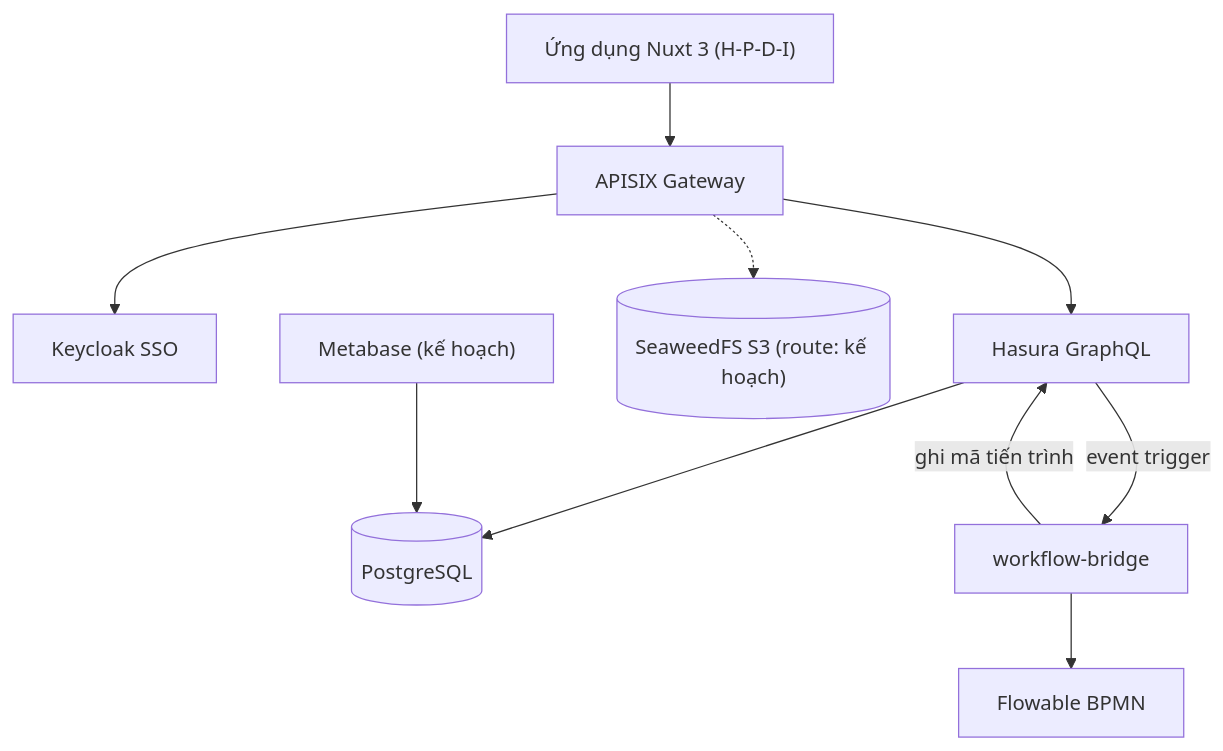
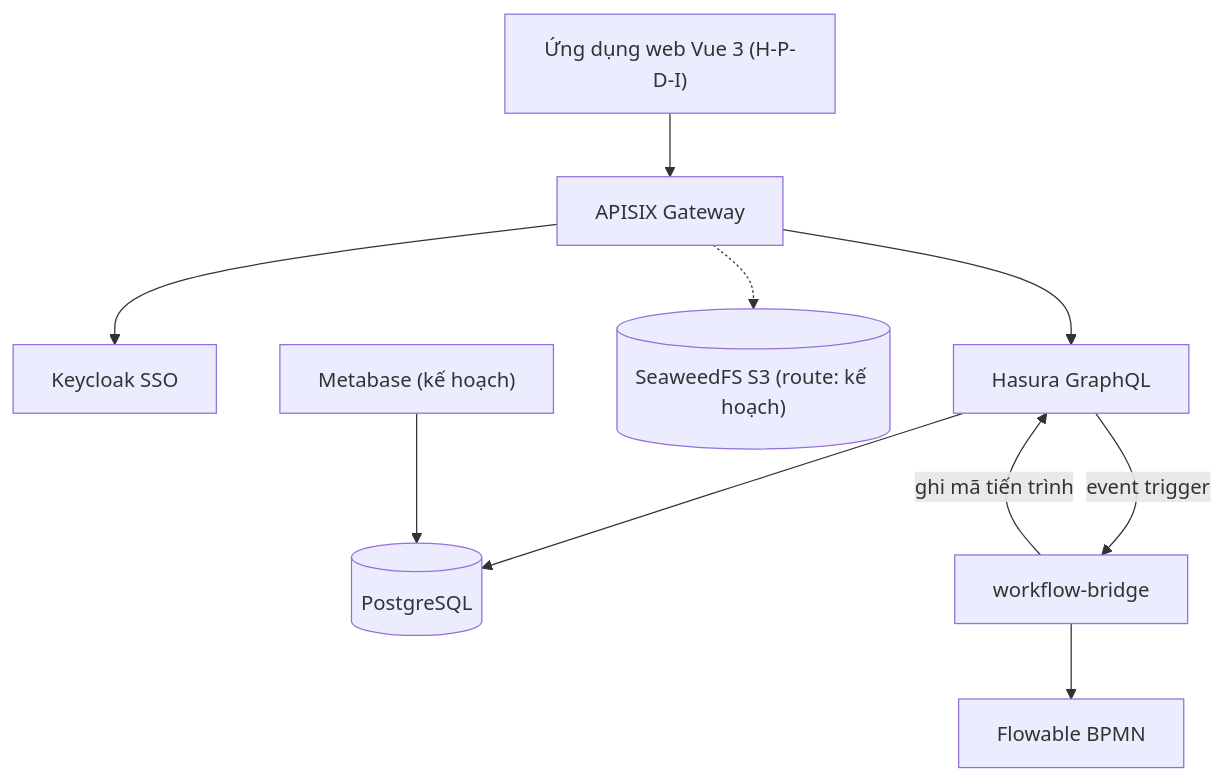
One commit to ngophatneknha/OLP-MNM changed the diagram in docs/architecture.md. Above: the diagram before and after it, drawn with Mermaid. The commit also changed 27 other files, not shown here.

First line of the commit message:
feat(web): Vue 3 app to draft, publish, submit and approve workflow apps

````diff
--- a/docs/architecture.md
+++ b/docs/architecture.md
@@ -8,10 +8,10 @@
 ```mermaid
 flowchart TB
-  UI["Ứng dụng Nuxt 3 (H-P-D-I)"] --> GW["APISIX Gateway"]
+  UI["Ứng dụng web Vue 3 (H-P-D-I)"] --> GW["APISIX Gateway"]
   GW --> KC["Keycloak SSO"]
   GW --> HS["Hasura GraphQL"] --> PG[("PostgreSQL")]
   GW -.-> S3[("SeaweedFS S3 (route: kế hoạch)")]
   HS -- "event trigger" --> BR["workflow-bridge"] --> FL["Flowable BPMN"]
   BR -- "ghi mã tiến trình" --> HS
   BI["Metabase (kế hoạch)"] --> PG
 ```
````
